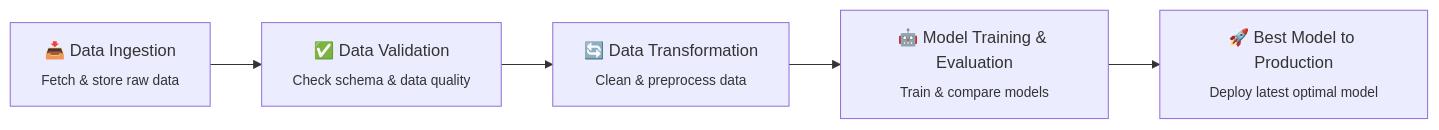
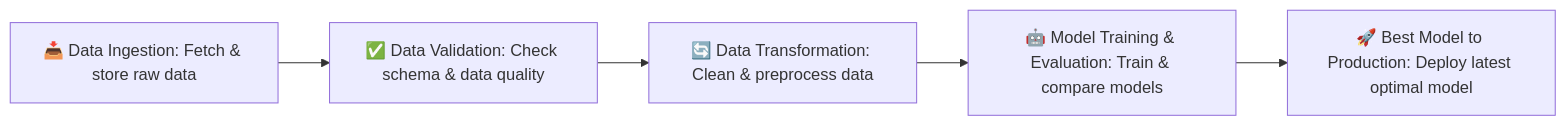
Before and after one commit to AnupamKNN/taxi-demand-forecast: the diagram in README.md, drawn with Mermaid.

````diff
--- a/README.md
+++ b/README.md
@@ -331,8 +331,8 @@
 ```mermaid
 flowchart LR
-    A[📥 Data Ingestion<br><sub>Fetch & store raw data</sub>] --> 
-    B[✅ Data Validation<br><sub>Check schema & data quality</sub>] --> 
-    C[🔄 Data Transformation<br><sub>Clean & preprocess data</sub>] --> 
-    D[🤖 Model Training & Evaluation<br><sub>Train & compare models</sub>] --> 
-    E[🚀 Best Model to Production<br><sub>Deploy latest optimal model</sub>]
+    A[📥 Data Ingestion: Fetch & store raw data] --> 
+    B[✅ Data Validation: Check schema & data quality] --> 
+    C[🔄 Data Transformation: Clean & preprocess data] --> 
+    D[🤖 Model Training & Evaluation: Train & compare models] --> 
+    E[🚀 Best Model to Production: Deploy latest optimal model]
 ```
````
